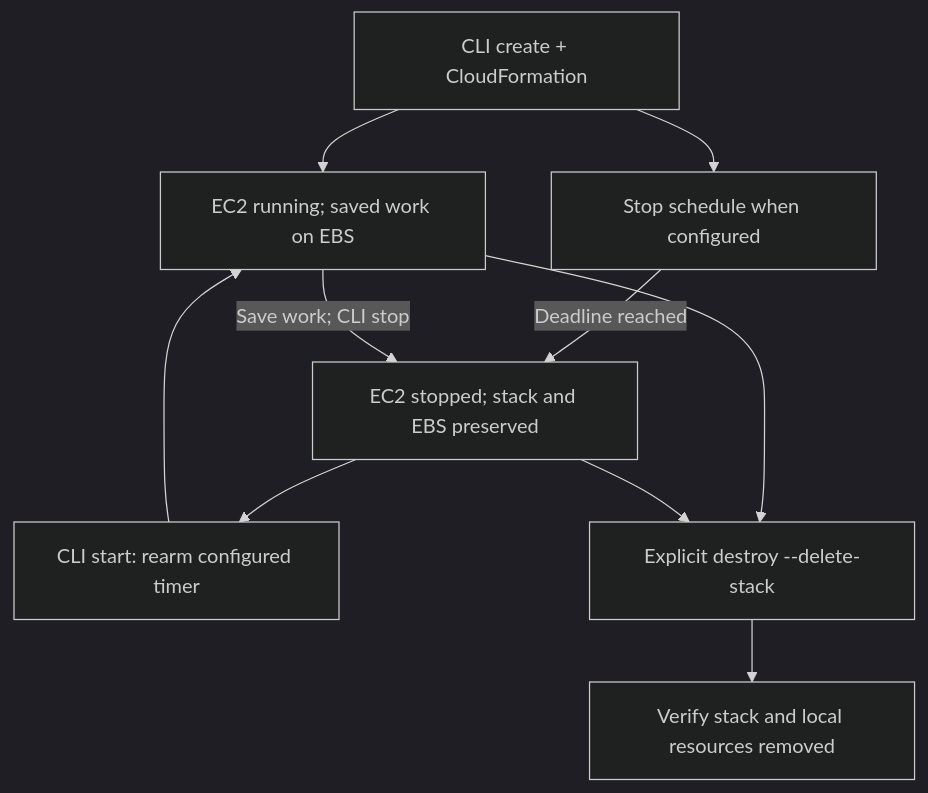
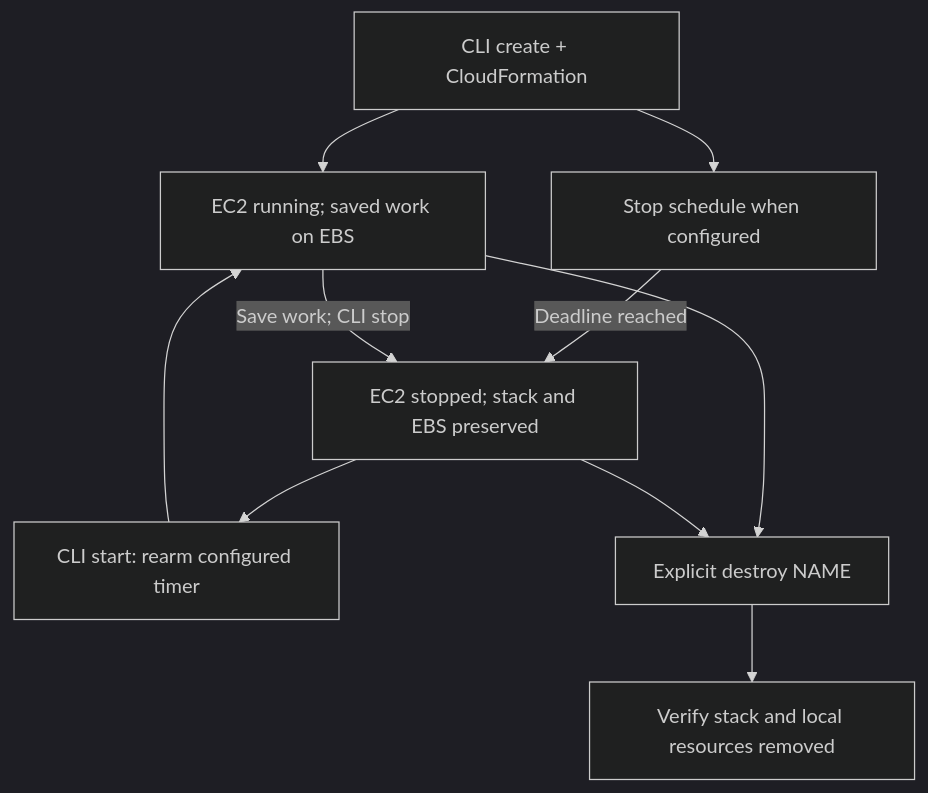
One commit to vision-kwest/studio-workstation changed the diagram in docs/workstation-lifecycle-visual.md. Above: the diagram before and after it, drawn with Mermaid (dark theme). The commit also changed other lines of this file and 12 other files, not shown here.

Commit message:
fix(cli): allow explicit destroy without delete-stack flag

````diff
--- a/docs/workstation-lifecycle-visual.md
+++ b/docs/workstation-lifecycle-visual.md
@@ -7,12 +7,12 @@
 ```mermaid
 flowchart TD
   Create["CLI create + CloudFormation"] --> Running["EC2 running; saved work on EBS"]
   Create --> Timer["Stop schedule when configured"]
   Timer -->|"Deadline reached"| Stopped["EC2 stopped; stack and EBS preserved"]
   Running -->|"Save work; CLI stop"| Stopped
   Stopped --> Start["CLI start: rearm configured timer"]
   Start --> Running
-  Running --> Destroy["Explicit destroy --delete-stack"]
+  Running --> Destroy["Explicit destroy NAME"]
   Stopped --> Destroy
   Destroy --> Removed["Verify stack and local resources removed"]
 ```
````
